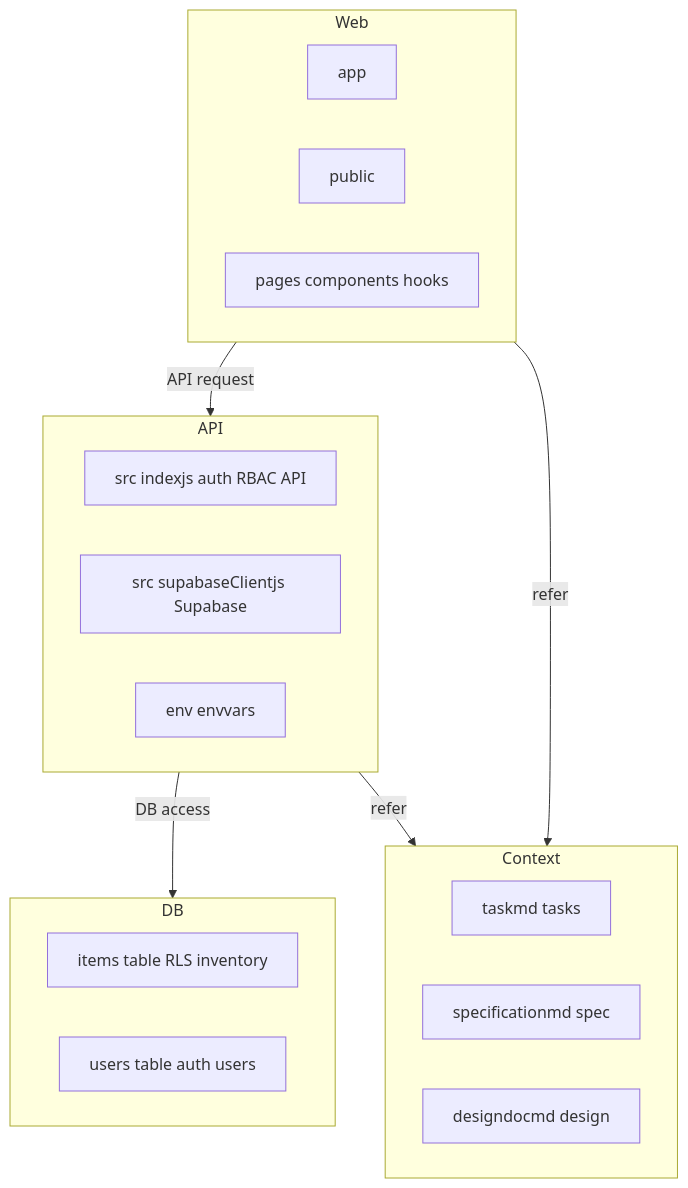
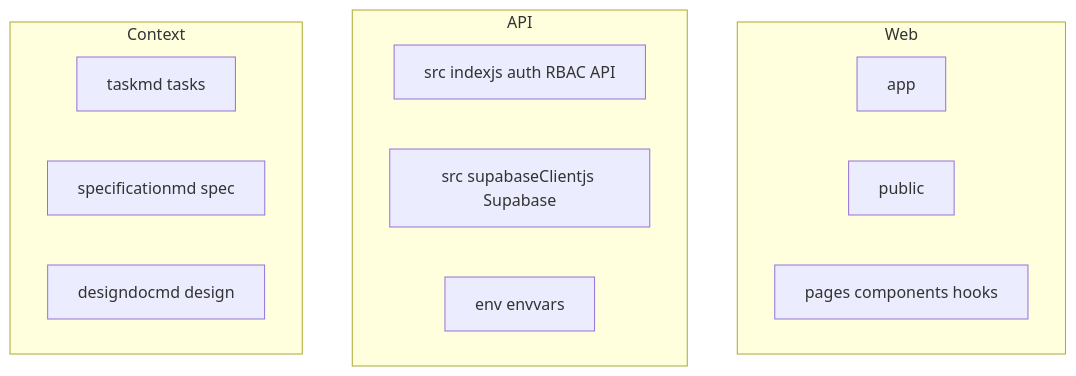
Before and after one commit to hitodeman/every_item_mng: the first of 2 diagrams in context/architect/system-architecture.md, drawn with Mermaid. The commit also changed other lines of this file and 173 other files, not shown here.

````diff
--- a/context/architect/system-architecture.md
+++ b/context/architect/system-architecture.md
@@ -4,30 +4,20 @@
 ```mermaid
 flowchart TD
   subgraph Web
     A1[app]
     A2[public]
     A3[pages components hooks]
   end
 
   subgraph API
     B1[src indexjs auth RBAC API]
     B2[src supabaseClientjs Supabase]
     B3[env envvars]
   end
 
   subgraph Context
     C1[taskmd tasks]
     C2[specificationmd spec]
     C3[designdocmd design]
   end
-
-  subgraph DB
-    D1[items table RLS inventory]
-    D2[users table auth users]
-  end
-
-  Web -->|API request| API
-  API -->|DB access| DB
-  API -->|refer| Context
-  Web -->|refer| Context
 ```
````
